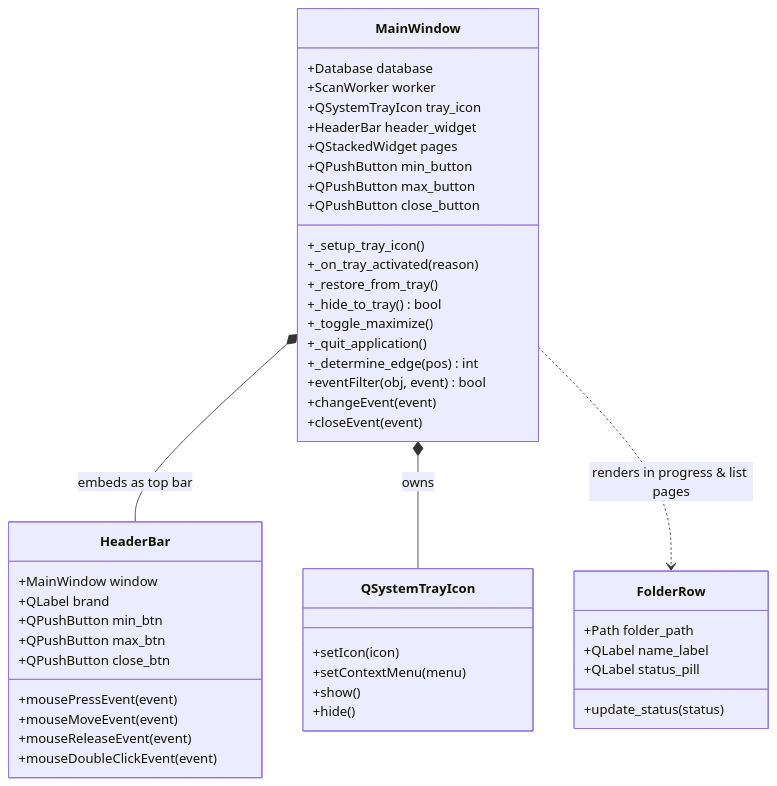
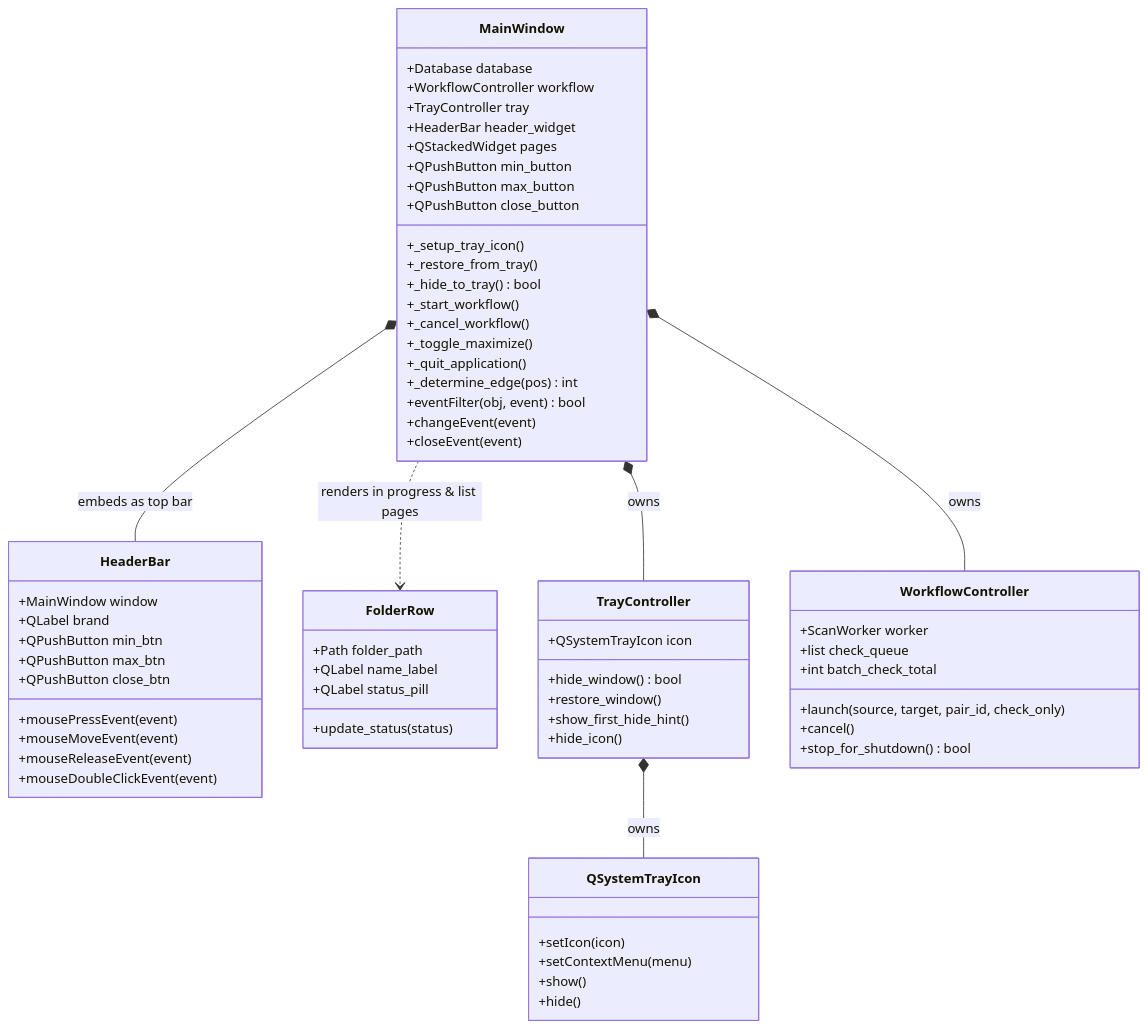
One commit to tbkmax/ShortcutStudio changed the first of 3 diagrams in shortcut_studio/ui/doc/workflow_diagram.md. Above: the diagram before and after it, drawn with Mermaid. The commit also changed other lines of this file and 13 other files, not shown here.

````diff
--- a/shortcut_studio/ui/doc/workflow_diagram.md
+++ b/shortcut_studio/ui/doc/workflow_diagram.md
@@ -11,53 +11,73 @@
 ```mermaid
 classDiagram
     class MainWindow {
         +Database database
-        +ScanWorker worker
-        +QSystemTrayIcon tray_icon
+        +WorkflowController workflow
+        +TrayController tray
         +HeaderBar header_widget
         +QStackedWidget pages
         +QPushButton min_button
         +QPushButton max_button
         +QPushButton close_button
         +_setup_tray_icon()
-        +_on_tray_activated(reason)
         +_restore_from_tray()
         +_hide_to_tray() bool
+        +_start_workflow()
+        +_cancel_workflow()
         +_toggle_maximize()
         +_quit_application()
         +_determine_edge(pos) int
         +eventFilter(obj, event) bool
         +changeEvent(event)
         +closeEvent(event)
     }
 
     class HeaderBar {
         +MainWindow window
         +QLabel brand
         +QPushButton min_btn
         +QPushButton max_btn
         +QPushButton close_btn
         +mousePressEvent(event)
         +mouseMoveEvent(event)
         +mouseReleaseEvent(event)
         +mouseDoubleClickEvent(event)
     }
 
     class FolderRow {
         +Path folder_path
         +QLabel name_label
         +QLabel status_pill
         +update_status(status)
     }
 
     class QSystemTrayIcon {
         +setIcon(icon)
         +setContextMenu(menu)
         +show()
         +hide()
     }
 
+    class TrayController {
+        +QSystemTrayIcon icon
+        +hide_window() bool
+        +restore_window()
+        +show_first_hide_hint()
+        +hide_icon()
+    }
+
+    class WorkflowController {
+        +ScanWorker worker
+        +list check_queue
+        +int batch_check_total
+        +launch(source, target, pair_id, check_only)
+        +cancel()
+        +stop_for_shutdown() bool
+    }
+
     MainWindow *-- HeaderBar : embeds as top bar
-    MainWindow *-- QSystemTrayIcon : owns
+    MainWindow *-- TrayController : owns
+    MainWindow *-- WorkflowController : owns
+    TrayController *-- QSystemTrayIcon : owns
     MainWindow ..> FolderRow : renders in progress & list pages
 ```
````
